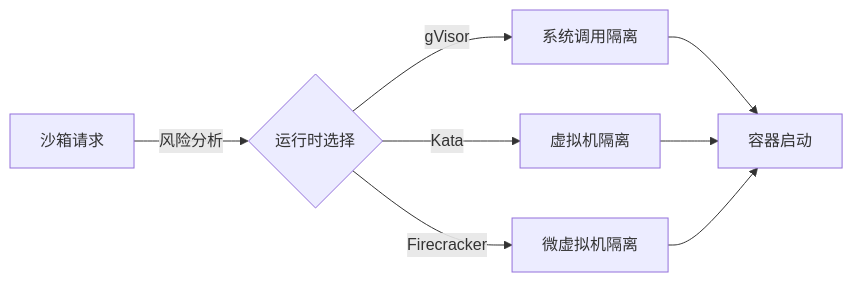
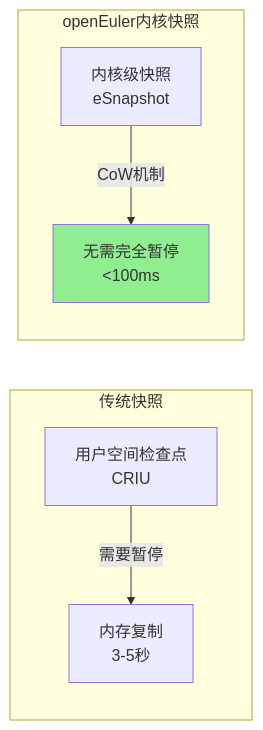
One commit to QJWang23/sandbox changed diagram 11 of 20 in docs/superpowers/specs/2026-03-22-agent-sandbox-technical-roadmap.md. Above: the diagram before and after it, drawn with Mermaid. The commit also changed other lines of this file, not shown here.

First line of the commit message:
Update technical roadmap with production scenarios focus

````diff
--- a/docs/superpowers/specs/2026-03-22-agent-sandbox-technical-roadmap.md
+++ b/docs/superpowers/specs/2026-03-22-agent-sandbox-technical-roadmap.md
@@ -383,11 +421,12 @@
 ```mermaid
 graph LR
-    A[沙箱请求] -->|风险分析| B{运行时选择}
-    B -->|gVisor| C[系统调用隔离]
-    B -->|Kata| D[虚拟机隔离]
-    B -->|Firecracker| E[微虚拟机隔离]
+    subgraph "传统快照"
+        A[用户空间检查点<br/>CRIU] -->|需要暂停| B[内存复制<br/>3-5秒]
+    end
 
-    C --> F[容器启动]
-    D --> F
-    E --> F
+    subgraph "openEuler内核快照"
+        C[内核级快照<br/>eSnapshot] -->|CoW机制| D[无需完全暂停<br/><100ms]
+    end
+
+    style D fill:#90EE90
 ```
````
